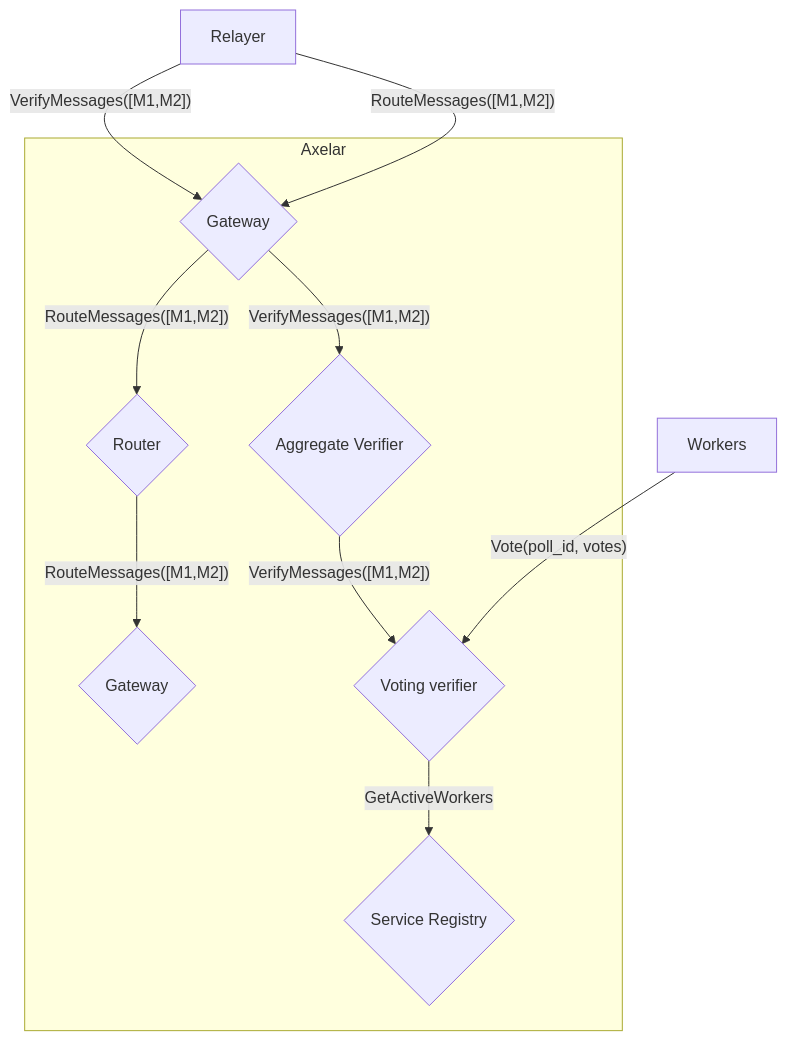
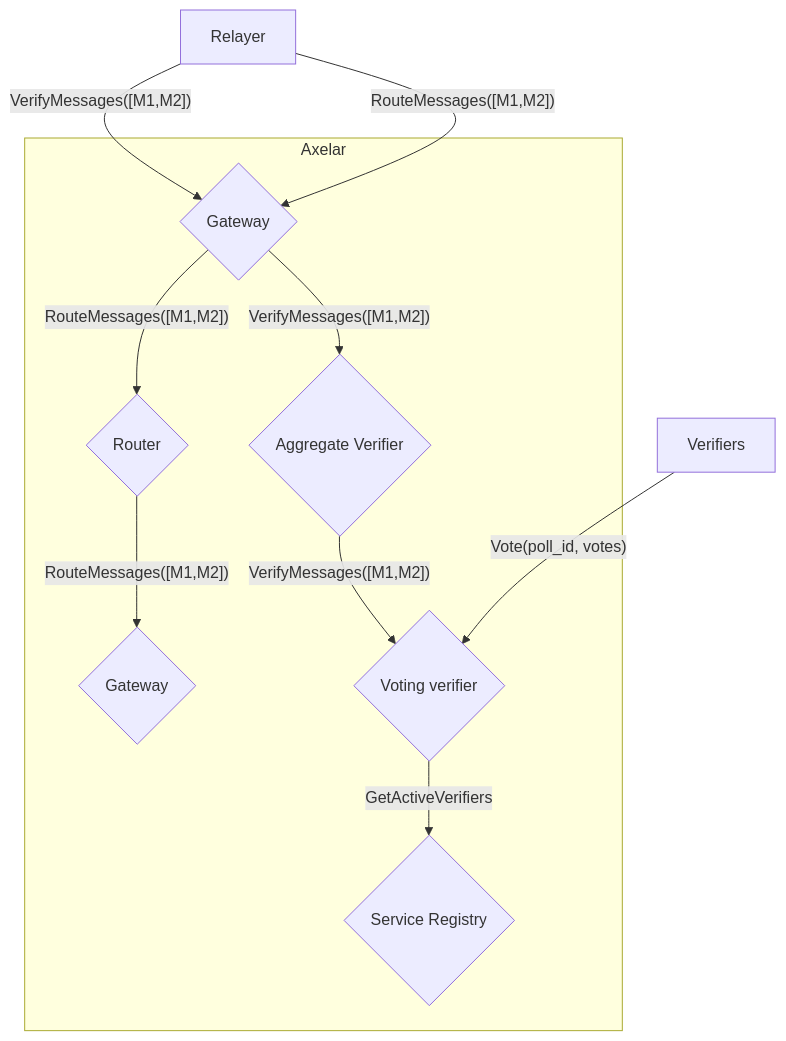
The diagram in doc/src/contributing/documentation.md (axelarnetwork/axelar-amplifier), drawn with Mermaid before and after one commit. The commit also changed other lines of this file and 3 other files, not shown here.

````diff
--- a/doc/src/contributing/documentation.md
+++ b/doc/src/contributing/documentation.md
@@ -37,21 +37,21 @@
 ```mermaid
 flowchart TD
 subgraph Axelar
 	G1{"Gateway"}
     G2{"Gateway"}
 	Vr{"Aggregate Verifier"}
 	Vo{"Voting verifier"}
 	R{"Router"}
     S{"Service Registry"}
 end
 
 Relayer --"VerifyMessages([M1,M2])"-->G1
 G1 --"VerifyMessages([M1,M2])"--> Vr
 Vr --"VerifyMessages([M1,M2])"--> Vo
-Vo --"GetActiveWorkers"--> S
-Workers --"Vote(poll_id, votes)"--> Vo
+Vo --"GetActiveVerifiers"--> S
+Verifiers --"Vote(poll_id, votes)"--> Vo
 
 Relayer --"RouteMessages([M1,M2])"-->G1
 G1 --"RouteMessages([M1,M2])"-->R
 R --"RouteMessages([M1,M2])"-->G2
 ```
````
